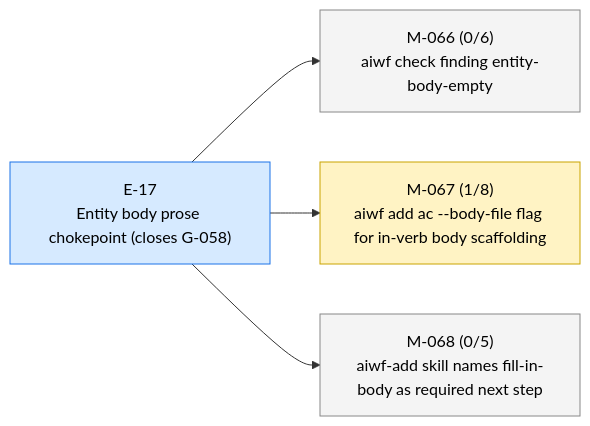
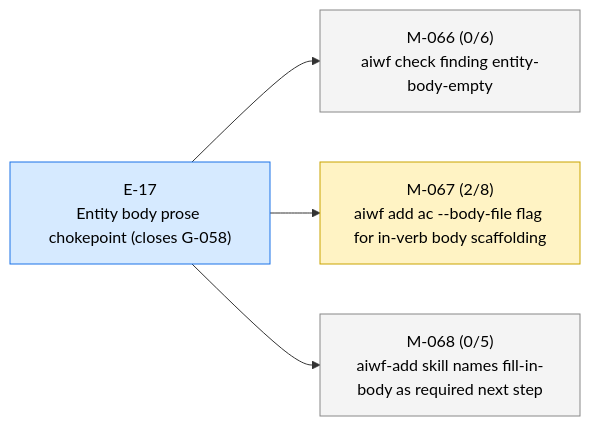
Before and after one commit to 23min/aiwf: the first of 4 diagrams in STATUS.md, drawn with Mermaid. The commit also changed other lines of this file and 1 other file, not shown here.

First line of the commit message:
aiwf promote M-067/AC-2 open -> met

````diff
--- a/STATUS.md
+++ b/STATUS.md
@@ -13,16 +13,16 @@
 ```mermaid
 flowchart LR
   E_17["E-17<br/>Entity body prose chokepoint (closes G-058)"]:::epic_active
   M_066["M-066 (0/6)<br/>aiwf check finding entity-body-empty"]:::ms_draft
   E_17 --> M_066
-  M_067["M-067 (1/8)<br/>aiwf add ac --body-file flag for in-verb body scaffolding"]:::ms_in_progress
+  M_067["M-067 (2/8)<br/>aiwf add ac --body-file flag for in-verb body scaffolding"]:::ms_in_progress
   E_17 --> M_067
   M_068["M-068 (0/5)<br/>aiwf-add skill names fill-in-body as required next step"]:::ms_draft
   E_17 --> M_068
   classDef epic_active fill:#d6eaff,stroke:#1a73e8,color:#000
   classDef epic_proposed fill:#f4f4f4,stroke:#888,color:#000
   classDef ms_done fill:#d8f5d8,stroke:#2a8a2a,color:#000
   classDef ms_in_progress fill:#fff3c4,stroke:#caa400,color:#000
   classDef ms_draft fill:#f4f4f4,stroke:#888,color:#000
   classDef ms_cancelled fill:#fbeaea,stroke:#c33,color:#000
 ```
````
